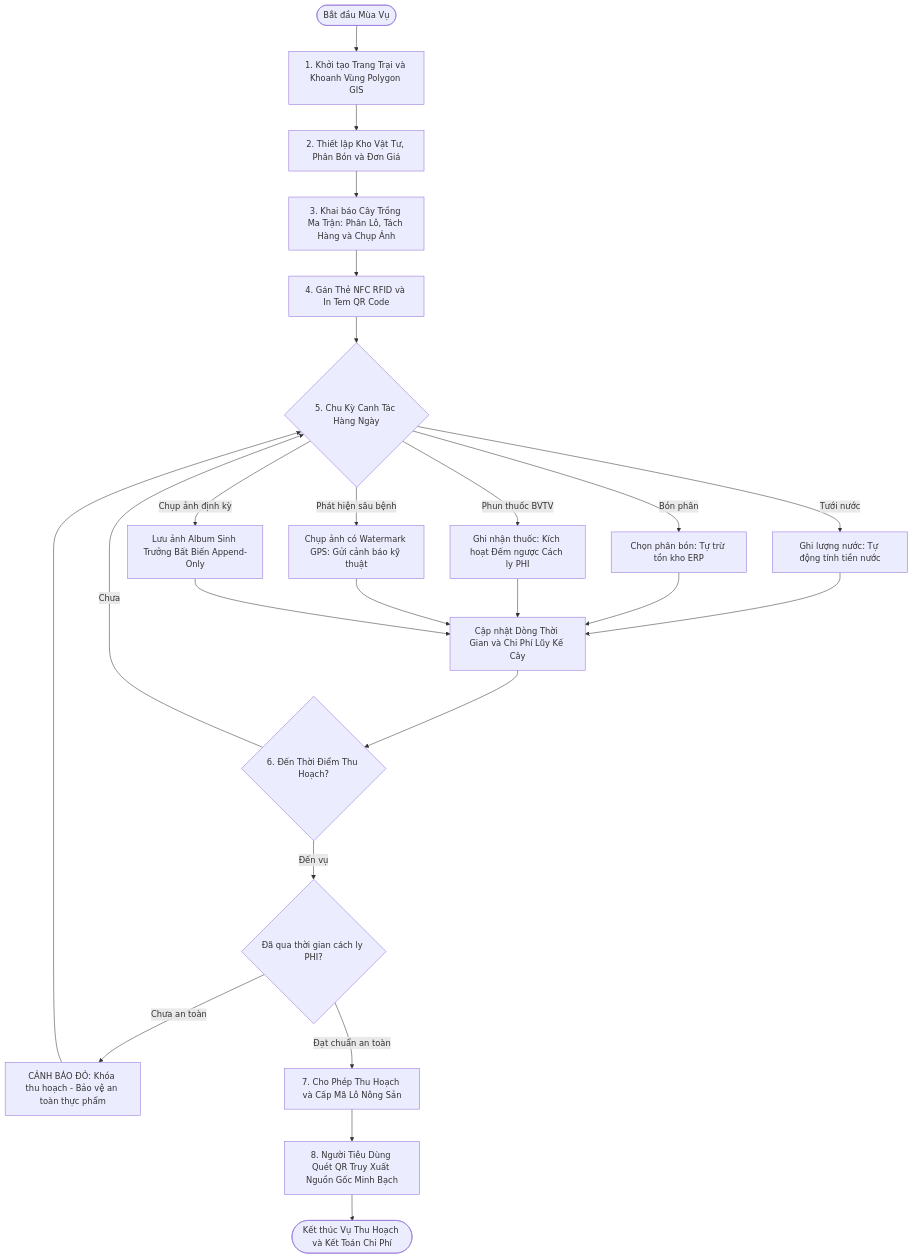
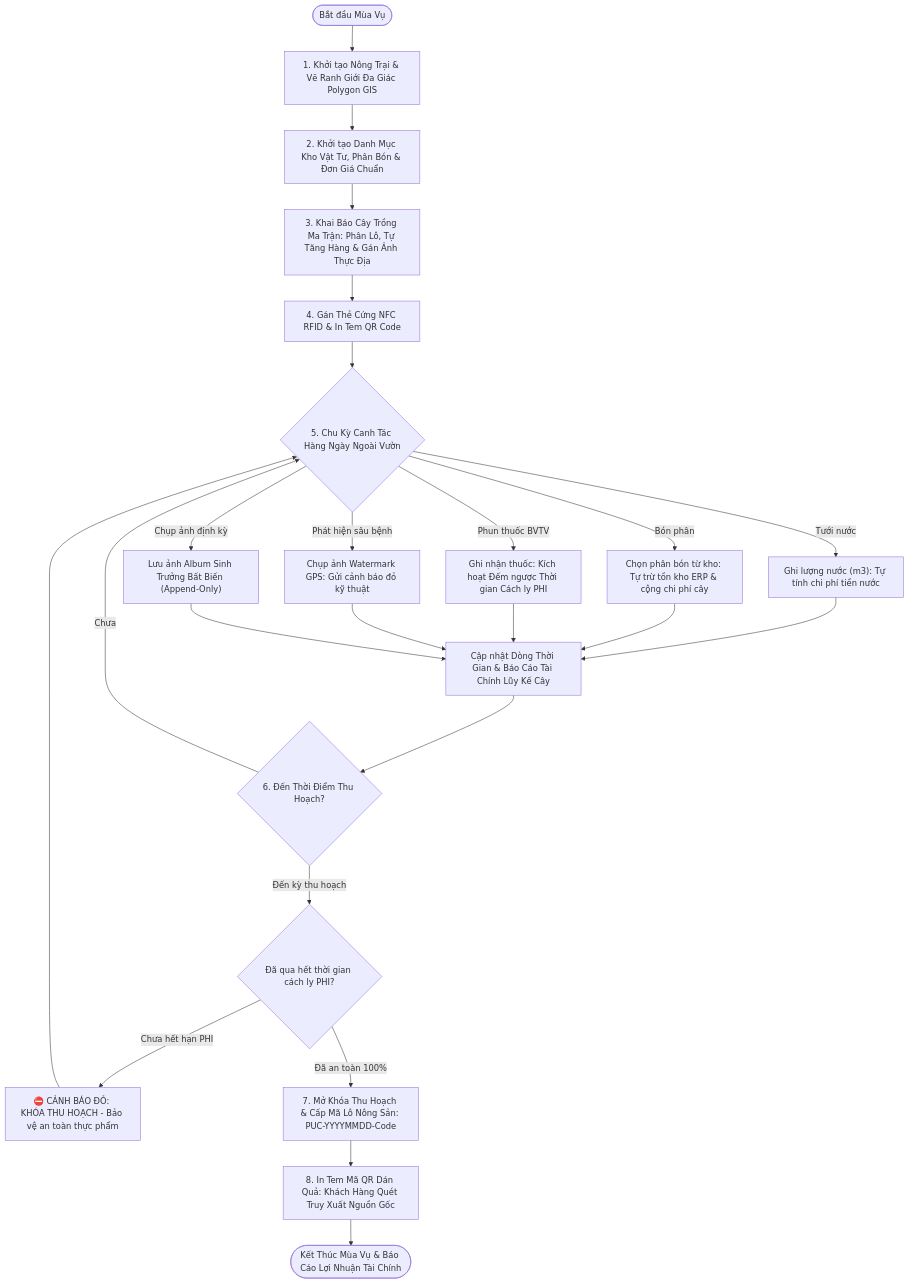
The second of 8 diagrams in README.md (Phuc0901-pp/plant-book), drawn with Mermaid before and after one commit. The commit also changed other lines of this file, not shown here.

Commit message:
docs(readme): update comprehensive enterprise system documentation with architecture, flowcharts, ERD, and SOPs

````diff
--- a/README.md
+++ b/README.md
@@ -171,32 +197,32 @@
 ```mermaid
 flowchart TD
-    Start(["Bắt đầu Mùa Vụ"]) --> FarmSetup["1. Khởi tạo Trang Trại và Khoanh Vùng Polygon GIS"]
-    FarmSetup --> SuppliesSetup["2. Thiết lập Kho Vật Tư, Phân Bón và Đơn Giá"]
-    SuppliesSetup --> PlantBatch["3. Khai báo Cây Trồng Ma Trận: Phân Lô, Tách Hàng và Chụp Ảnh"]
-    PlantBatch --> TagAssign["4. Gán Thẻ NFC RFID và In Tem QR Code"]
+    Start(["Bắt đầu Mùa Vụ"]) --> FarmSetup["1. Khởi tạo Nông Trại & Vẽ Ranh Giới Đa Giác Polygon GIS"]
+    FarmSetup --> SuppliesSetup["2. Khởi tạo Danh Mục Kho Vật Tư, Phân Bón & Đơn Giá Chuẩn"]
+    SuppliesSetup --> PlantBatch["3. Khai Báo Cây Trồng Ma Trận: Phân Lô, Tự Tăng Hàng & Gán Ảnh Thực Địa"]
+    PlantBatch --> TagAssign["4. Gán Thẻ Cứng NFC RFID & In Tem QR Code"]
     
-    TagAssign --> CareCycle{"5. Chu Kỳ Canh Tác Hàng Ngày"}
+    TagAssign --> CareCycle{"5. Chu Kỳ Canh Tác Hàng Ngày Ngoài Vườn"}
     
-    CareCycle -->|"Tưới nước"| LogWater["Ghi lượng nước: Tự động tính tiền nước"]
-    CareCycle -->|"Bón phân"| LogFert["Chọn phân bón: Tự trừ tồn kho ERP"]
-    CareCycle -->|"Phun thuốc BVTV"| LogPest["Ghi nhận thuốc: Kích hoạt Đếm ngược Cách ly PHI"]
-    CareCycle -->|"Phát hiện sâu bệnh"| LogDisease["Chụp ảnh có Watermark GPS: Gửi cảnh báo kỹ thuật"]
-    CareCycle -->|"Chụp ảnh định kỳ"| LogGrowth["Lưu ảnh Album Sinh Trưởng Bất Biến Append-Only"]
+    CareCycle -->|"Tưới nước"| LogWater["Ghi lượng nước (m3): Tự tính chi phí tiền nước"]
+    CareCycle -->|"Bón phân"| LogFert["Chọn phân bón từ kho: Tự trừ tồn kho ERP & cộng chi phí cây"]
+    CareCycle -->|"Phun thuốc BVTV"| LogPest["Ghi nhận thuốc: Kích hoạt Đếm ngược Thời gian Cách ly PHI"]
+    CareCycle -->|"Phát hiện sâu bệnh"| LogDisease["Chụp ảnh Watermark GPS: Gửi cảnh báo đỏ kỹ thuật"]
+    CareCycle -->|"Chụp ảnh định kỳ"| LogGrowth["Lưu ảnh Album Sinh Trưởng Bất Biến (Append-Only)"]
     
-    LogWater --> UpdateERP["Cập nhật Dòng Thời Gian và Chi Phí Lũy Kế Cây"]
+    LogWater --> UpdateERP["Cập nhật Dòng Thời Gian & Báo Cáo Tài Chính Lũy Kế Cây"]
     LogFert --> UpdateERP
     LogPest --> UpdateERP
     LogDisease --> UpdateERP
     LogGrowth --> UpdateERP
     
     UpdateERP --> HarvestCheck{"6. Đến Thời Điểm Thu Hoạch?"}
     HarvestCheck -->|"Chưa"| CareCycle
-    HarvestCheck -->|"Đến vụ"| PHIVerify{"Đã qua thời gian cách ly PHI?"}
+    HarvestCheck -->|"Đến kỳ thu hoạch"| PHIVerify{"Đã qua hết thời gian cách ly PHI?"}
     
-    PHIVerify -->|"Chưa an toàn"| BlockHarvest["CẢNH BÁO ĐỎ: Khóa thu hoạch - Bảo vệ an toàn thực phẩm"]
+    PHIVerify -->|"Chưa hết hạn PHI"| BlockHarvest["⛔ CẢNH BÁO ĐỎ: KHÓA THU HOẠCH - Bảo vệ an toàn thực phẩm"]
     BlockHarvest --> CareCycle
     
-    PHIVerify -->|"Đạt chuẩn an toàn"| AllowHarvest["7. Cho Phép Thu Hoạch và Cấp Mã Lô Nông Sản"]
-    AllowHarvest --> PublicTrace["8. Người Tiêu Dùng Quét QR Truy Xuất Nguồn Gốc Minh Bạch"]
-    PublicTrace --> EndSeason(["Kết thúc Vụ Thu Hoạch và Kết Toán Chi Phí"])
+    PHIVerify -->|"Đã an toàn 100%"| AllowHarvest["7. Mở Khóa Thu Hoạch & Cấp Mã Lô Nông Sản: PUC-YYYYMMDD-Code"]
+    AllowHarvest --> PublicTrace["8. In Tem Mã QR Dán Quả: Khách Hàng Quét Truy Xuất Nguồn Gốc"]
+    PublicTrace --> EndSeason(["Kết Thúc Mùa Vụ & Báo Cáo Lợi Nhuận Tài Chính"])
 ```
````
